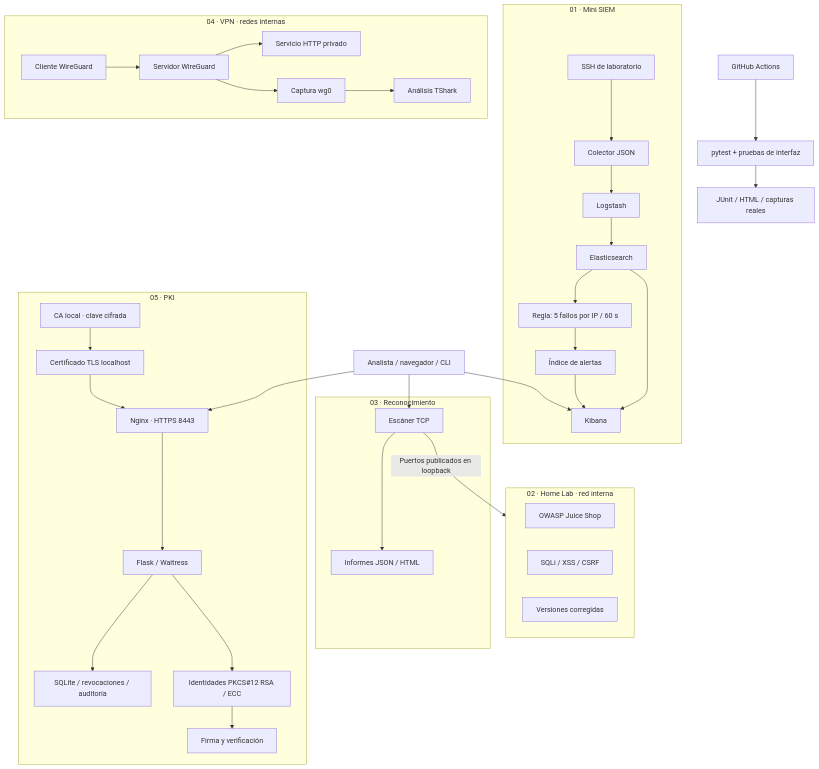
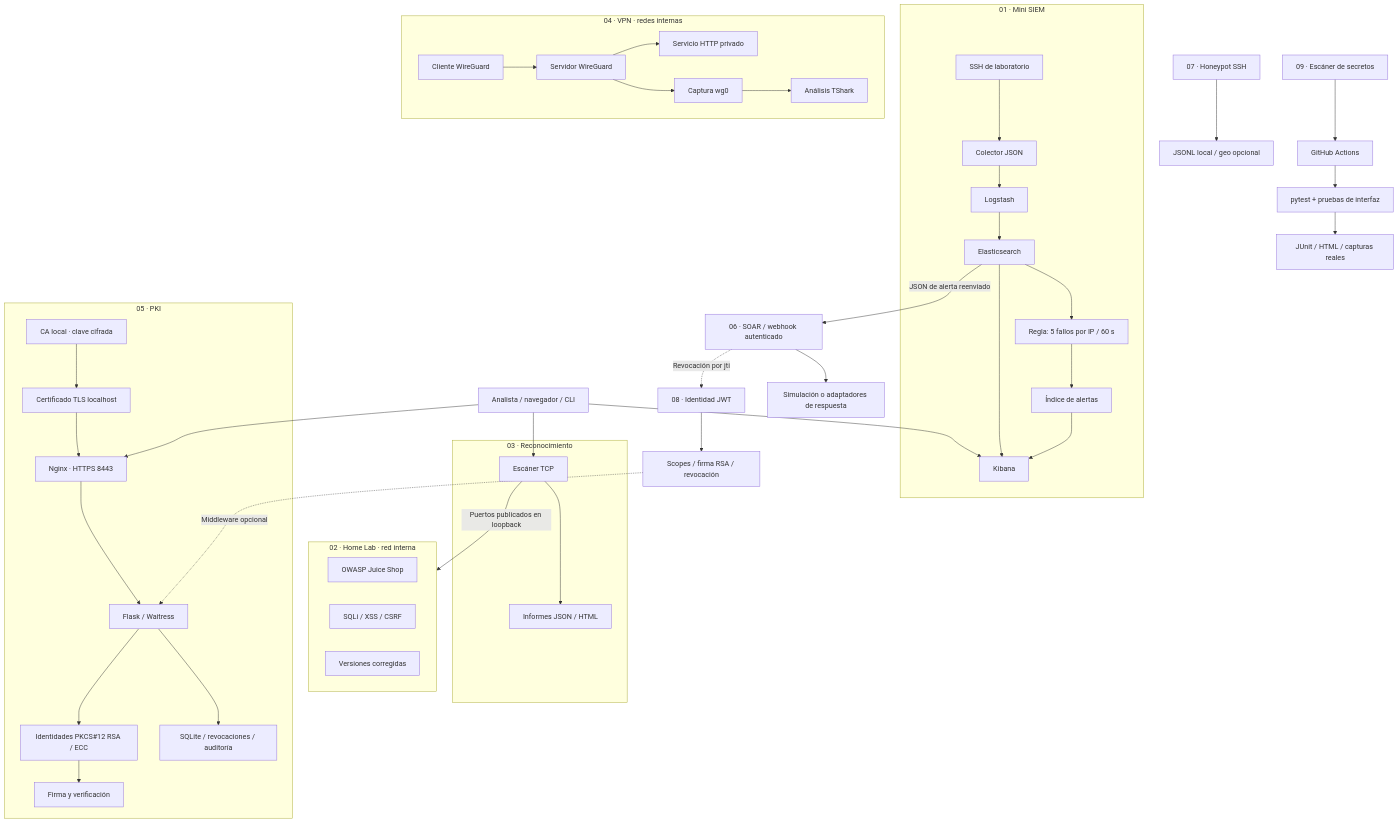
The diagram in README.md (kronvael4196/cybersecurity-labs), drawn with Mermaid before and after one commit. The commit also changed other lines of this file and 49 other files, not shown here.

Commit message:
feat: add SOAR, SSH honeypot, identity provider and DevSecOps labs

````diff
--- a/README.md
+++ b/README.md
@@ -9,40 +9,47 @@
 ```mermaid
 flowchart TB
   Analyst[Analista / navegador / CLI]
   subgraph SIEM[01 · Mini SIEM]
     SSH[SSH de laboratorio] --> JSON[Colector JSON]
     JSON --> Logstash --> ES[Elasticsearch]
     ES --> Detector[Regla: 5 fallos por IP / 60 s]
     Detector --> Alerts[Índice de alertas]
     ES --> Kibana
     Alerts --> Kibana
   end
   subgraph WEB[02 · Home Lab · red interna]
     Juice[OWASP Juice Shop]
     Exercises[SQLi / XSS / CSRF]
     Fixed[Versiones corregidas]
   end
   subgraph SCAN[03 · Reconocimiento]
     Scanner[Escáner TCP] --> Reports[Informes JSON / HTML]
   end
   subgraph VPNLAB[04 · VPN · redes internas]
     Client[Cliente WireGuard] --> Tunnel[Servidor WireGuard]
     Tunnel --> Service[Servicio HTTP privado]
     Tunnel --> PCAP[Captura wg0]
     PCAP --> TShark[Análisis TShark]
   end
   subgraph PKILAB[05 · PKI]
     Nginx[Nginx · HTTPS 8443] --> Flask[Flask / Waitress]
     CA[CA local · clave cifrada] --> TLS[Certificado TLS localhost]
     TLS --> Nginx
     Flask --> Registry[SQLite / revocaciones / auditoría]
     Flask --> P12[Identidades PKCS#12 RSA / ECC]
     P12 --> Sign[Firma y verificación]
   end
   Analyst --> Nginx
+  ES -->|JSON de alerta reenviado| SOAR[06 · SOAR / webhook autenticado]
+  SOAR --> Actions[Simulación o adaptadores de respuesta]
+  Honey[07 · Honeypot SSH] --> HoneyLog[JSONL local / geo opcional]
+  IDP[08 · Identidad JWT] --> JWT[Scopes / firma RSA / revocación]
+  JWT -.->|Middleware opcional| Flask
+  SOAR -.->|Revocación por jti| IDP
+  SecretScan[09 · Escáner de secretos] --> CI
   Analyst --> Kibana
   Analyst --> Scanner
   Scanner -->|Puertos publicados en loopback| WEB
   CI[GitHub Actions] --> Tests[pytest + pruebas de interfaz]
   Tests --> Evidence[JUnit / HTML / capturas reales]
 ```
````
